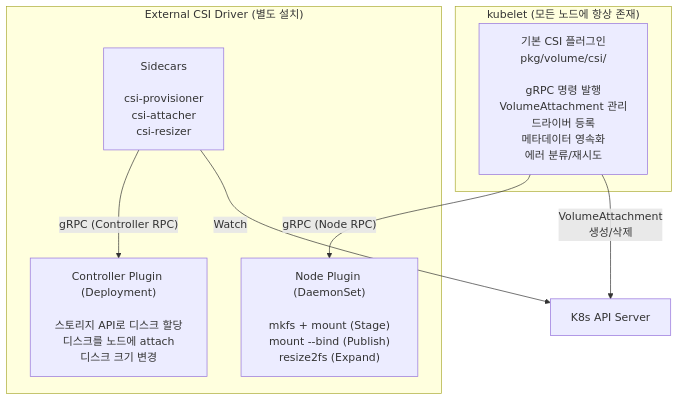
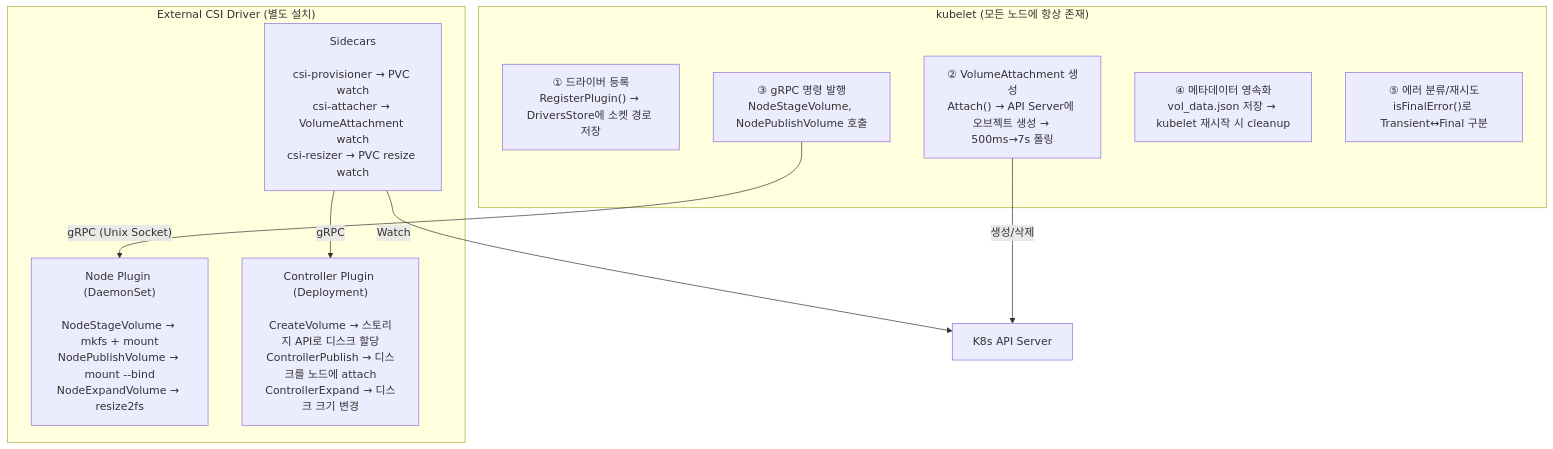
One commit to bianbbc87/bianbbc87.github.io changed the fifth of 5 diagrams in _posts/2026-04-04-csi-driver-01.md. Above: the diagram before and after it, drawn with Mermaid. The commit also changed other lines of this file, not shown here.

````diff
--- a/_posts/2026-04-04-csi-driver-01.md
+++ b/_posts/2026-04-04-csi-driver-01.md
@@ -603,17 +596,21 @@
 ```mermaid
 graph TB
-    subgraph "kubelet (모든 노드에 항상 존재)"
-        A["기본 CSI 플러그인<br/>pkg/volume/csi/<br/><br/>gRPC 명령 발행<br/>VolumeAttachment 관리<br/>드라이버 등록<br/>메타데이터 영속화<br/>에러 분류/재시도"]
+    subgraph KUBELET["kubelet (모든 노드에 항상 존재)"]
+        A1["① 드라이버 등록<br/>RegisterPlugin() → DriversStore에 소켓 경로 저장"]
+        A2["② VolumeAttachment 생성<br/>Attach() → API Server에 오브젝트 생성 → 500ms→7s 폴링"]
+        A3["③ gRPC 명령 발행<br/>NodeStageVolume, NodePublishVolume 호출"]
+        A4["④ 메타데이터 영속화<br/>vol_data.json 저장 → kubelet 재시작 시 cleanup"]
+        A5["⑤ 에러 분류/재시도<br/>isFinalError()로 Transient↔Final 구분"]
     end
 
-    subgraph "External CSI Driver (별도 설치)"
-        B["Node Plugin (DaemonSet)<br/><br/>mkfs + mount (Stage)<br/>mount --bind (Publish)<br/>resize2fs (Expand)"]
-        C["Controller Plugin (Deployment)<br/><br/>스토리지 API로 디스크 할당<br/>디스크를 노드에 attach<br/>디스크 크기 변경"]
-        D["Sidecars<br/><br/>csi-provisioner<br/>csi-attacher<br/>csi-resizer"]
+    subgraph EXTERNAL["External CSI Driver (별도 설치)"]
+        B["Node Plugin (DaemonSet)<br/><br/>NodeStageVolume → mkfs + mount<br/>NodePublishVolume → mount --bind<br/>NodeExpandVolume → resize2fs"]
+        C["Controller Plugin (Deployment)<br/><br/>CreateVolume → 스토리지 API로 디스크 할당<br/>ControllerPublish → 디스크를 노드에 attach<br/>ControllerExpand → 디스크 크기 변경"]
+        D["Sidecars<br/><br/>csi-provisioner → PVC watch<br/>csi-attacher → VolumeAttachment watch<br/>csi-resizer → PVC resize watch"]
     end
 
-    A -->|"gRPC (Node RPC)"| B
-    D -->|"gRPC (Controller RPC)"| C
+    A3 -->|"gRPC (Unix Socket)"| B
+    D -->|"gRPC"| C
     D -->|"Watch"| API["K8s API Server"]
-    A -->|"VolumeAttachment<br/>생성/삭제"| API
+    A2 -->|"생성/삭제"| API
 ```
````
